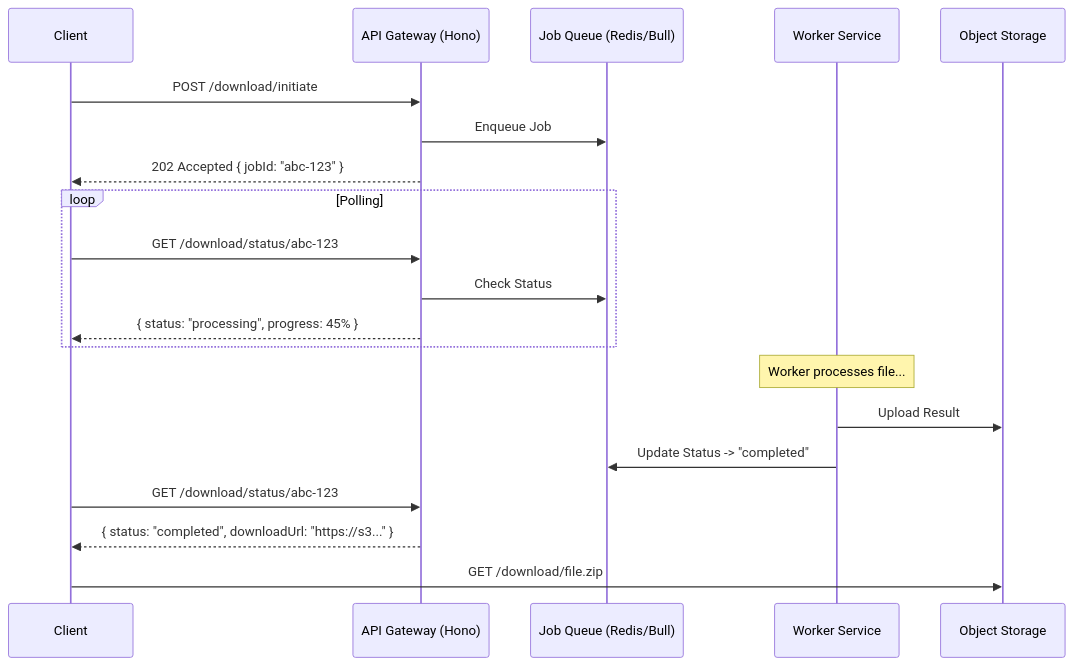
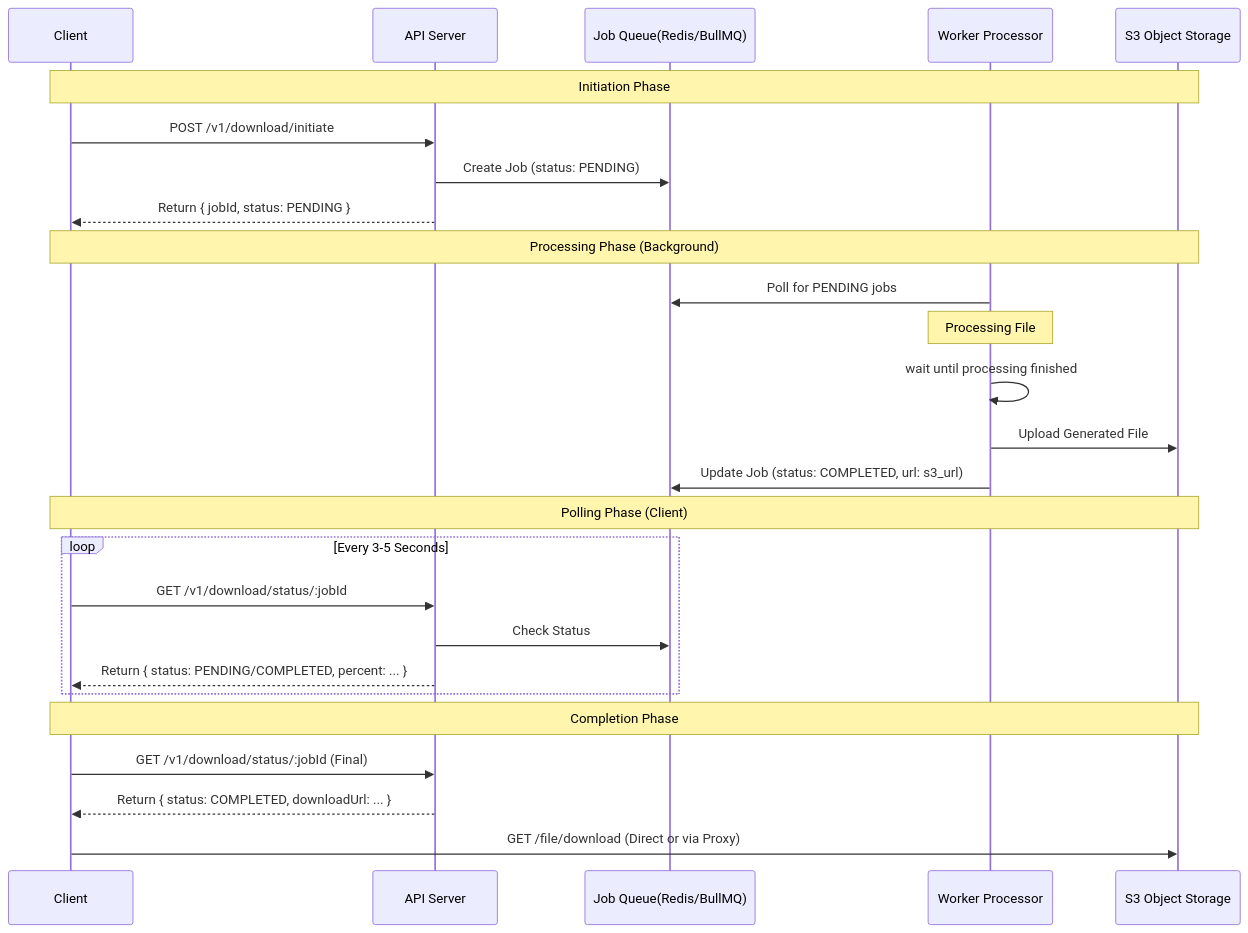
The diagram in ARCHITECTURE.md (saminul-amin/cuet-hackathon-2025), drawn with Mermaid before and after one commit. The commit also changed other lines of this file, not shown here.

First line of the commit message:
Revise architecture for long-running downloads

````diff
--- a/ARCHITECTURE.md
+++ b/ARCHITECTURE.md
@@ -20,27 +7,32 @@
 ```mermaid
 sequenceDiagram
     participant Client
-    participant API as API Gateway (Hono)
-    participant Queue as Job Queue (Redis/Bull)
-    participant Worker as Worker Service
-    participant S3 as Object Storage
+    participant API as API Server
+    participant DB as Job Queue(Redis/BullMQ)
+    participant Worker as Worker Processor
+    participant S3 as S3 Object Storage
 
-    Client->>API: POST /download/initiate
-    API->>Queue: Enqueue Job
-    API-->>Client: 202 Accepted { jobId: "abc-123" }
+    Note over Client, S3: Initiation Phase
+    Client->>API: POST /v1/download/initiate
+    API->>DB: Create Job (status: PENDING)
+    API-->>Client: Return { jobId, status: PENDING }
 
-    loop Polling
-        Client->>API: GET /download/status/abc-123
-        API->>Queue: Check Status
-        API-->>Client: { status: "processing", progress: 45% }
+    Note over Client, S3: Processing Phase (Background)
+    Worker->>DB: Poll for PENDING jobs
+    Note over Worker: Processing File
+    Worker->>Worker: wait until processing finished
+    Worker->>S3: Upload Generated File
+    Worker->>DB: Update Job (status: COMPLETED, url: s3_url)
+
+    Note over Client, S3: Polling Phase (Client)
+    loop Every 3-5 Seconds
+        Client->>API: GET /v1/download/status/:jobId
+        API->>DB: Check Status
+        API-->>Client: Return { status: PENDING/COMPLETED, percent: ... }
     end
 
-    Note over Worker: Worker processes file...
-    Worker->>S3: Upload Result
-    Worker->>Queue: Update Status -> "completed"
-
-    Client->>API: GET /download/status/abc-123
-    API-->>Client: { status: "completed", downloadUrl: "https://s3..." }
-
-    Client->>S3: GET /download/file.zip
+    Note over Client, S3: Completion Phase
+    Client->>API: GET /v1/download/status/:jobId (Final)
+    API-->>Client: Return { status: COMPLETED, downloadUrl: ... }
+    Client->>S3: GET /file/download (Direct or via Proxy)
 ```
````
